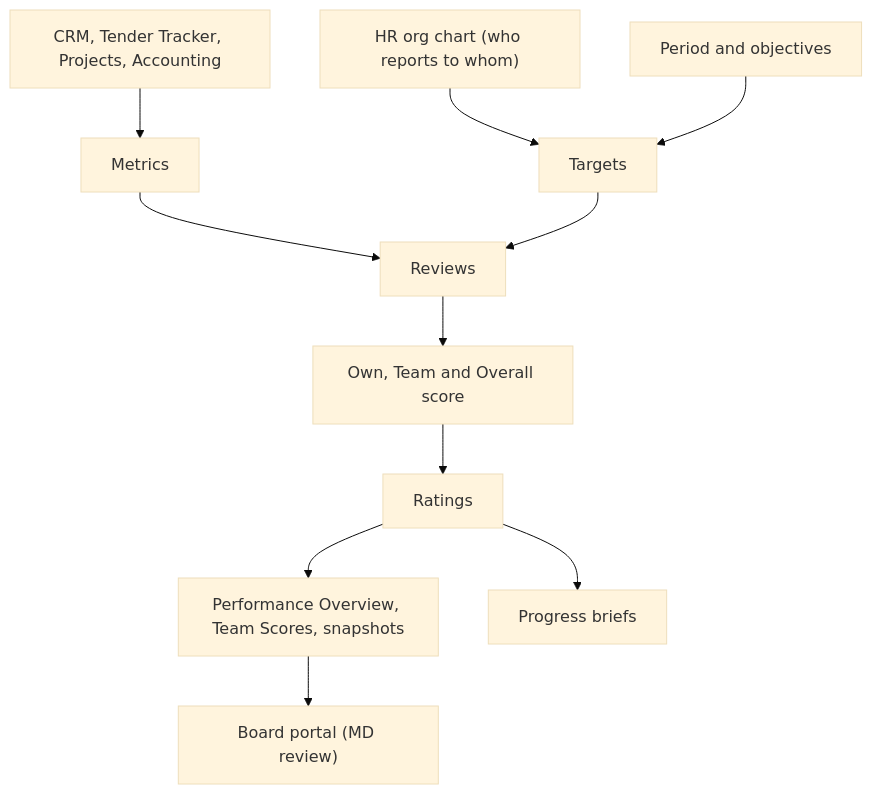
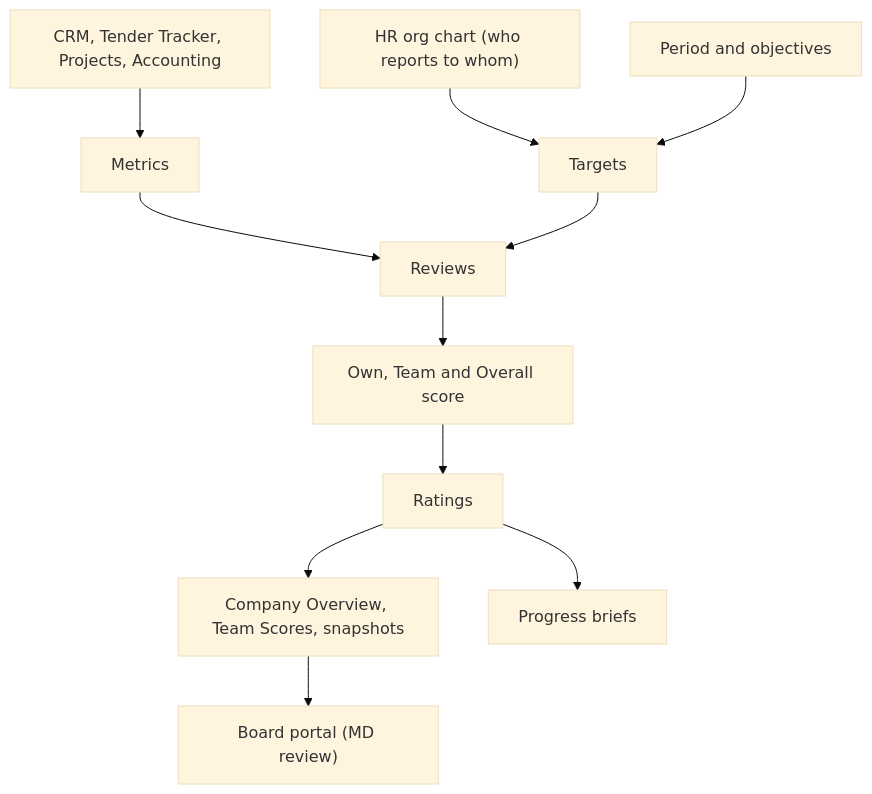
The first of 2 diagrams in training-portal/src/content/docs/accountability/index.mdx (dennokorir/tritel_erp_training), drawn with Mermaid (base theme) before and after one commit. The commit also changed other lines of this file and 112 other files, not shown here.

````diff
--- a/training-portal/src/content/docs/accountability/index.mdx
+++ b/training-portal/src/content/docs/accountability/index.mdx
@@ -46,14 +49,14 @@
 ```mermaid
 flowchart TD
 %% docs-sync: shows tritel_accountability_framework:client_action:accountability_cascade_dashboard_action, tritel_accountability_framework:client_action:accountability_period_browser_action, tritel_accountability_framework:client_action:accountability_team_scores_client_action, tritel_accountability_framework:cron:cron_progress_briefs, tritel_accountability_framework:field:hr.employee.accountability_target_ids, tritel_accountability_framework:menu:menu_accountability_dashboard, tritel_accountability_framework:menu:menu_accountability_metrics, tritel_accountability_framework:menu:menu_accountability_objectives, tritel_accountability_framework:menu:menu_accountability_progress_briefs, tritel_accountability_framework:menu:menu_accountability_team_scores, tritel_accountability_framework:model:accountability.score, tritel_accountability_framework:view_ext:hr.view_employee_form:button:targets, tritel_accountability_framework:view_ext:hr.view_employee_form:field:targets, tritel_accountability_framework:view_ext:hr.view_employee_form:page:performance
   ORG["HR org chart (who reports to whom)"] --> T
   SRC["CRM, Tender Tracker, Projects, Accounting"] --> M["Metrics"]
   P["Period and objectives"] --> T["Targets"]
   M --> R["Reviews"]
   T --> R
   R --> S["Own, Team and Overall score"]
   S --> RT["Ratings"]
-  RT --> REP["Performance Overview, Team Scores, snapshots"]
+  RT --> REP["Company Overview, Team Scores, snapshots"]
   RT --> PB["Progress briefs"]
   REP --> BRD["Board portal (MD review)"]
 ```
````
